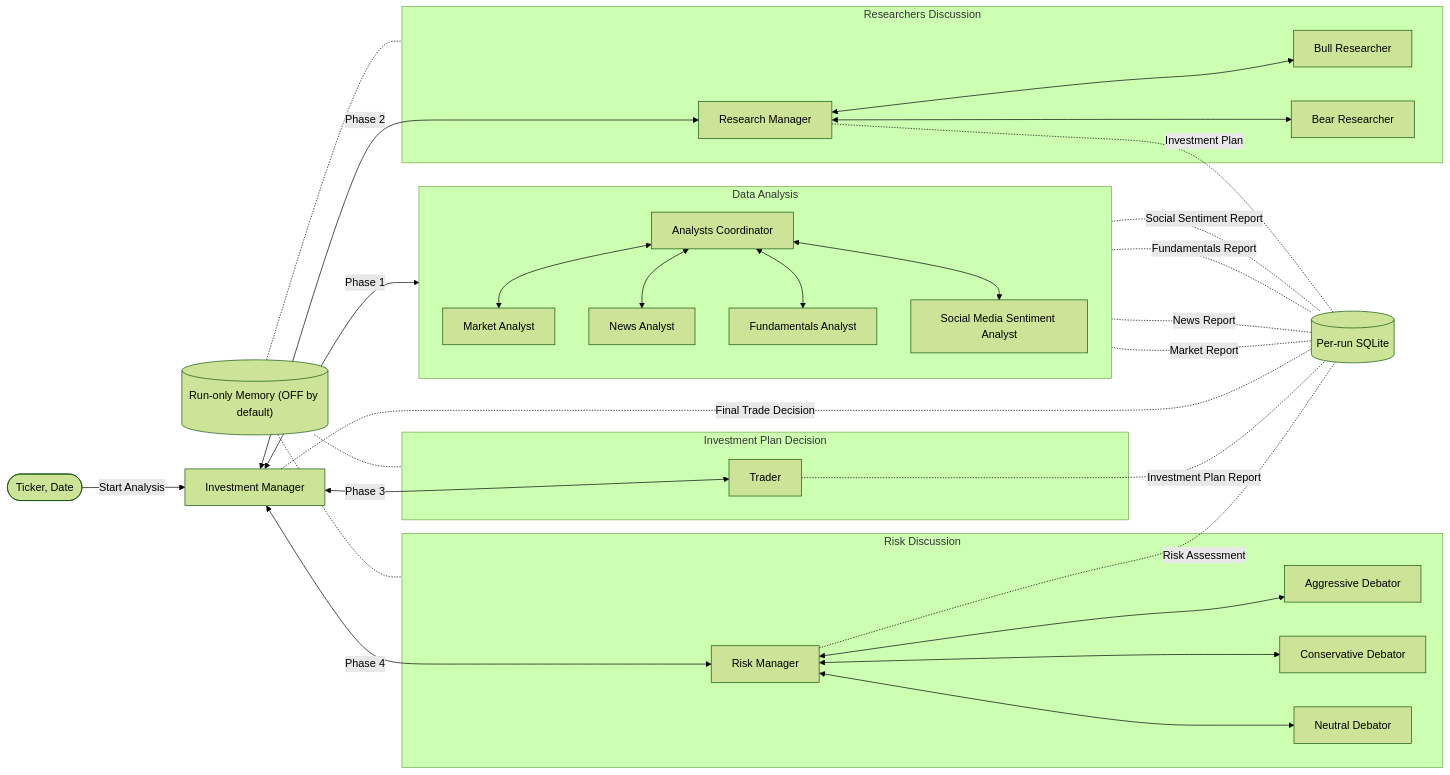
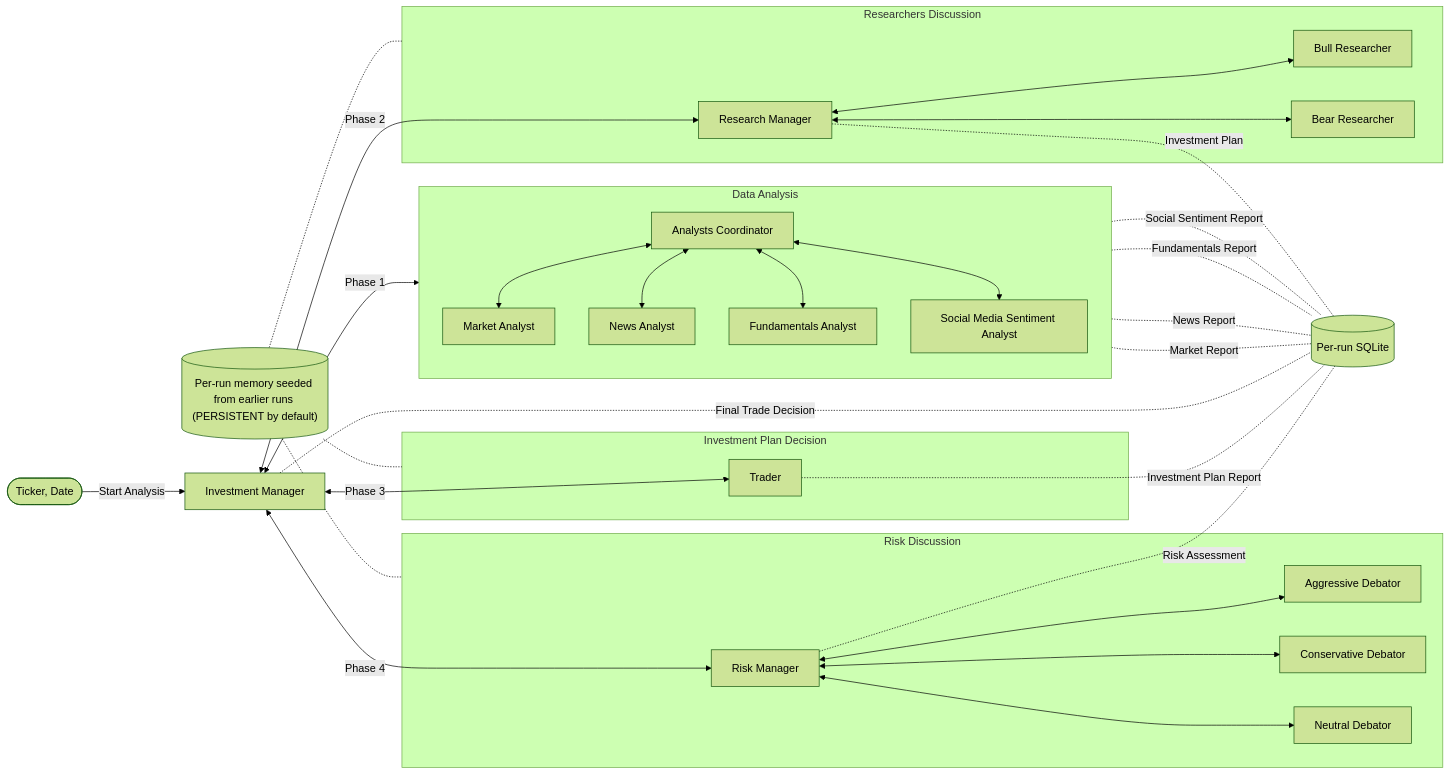
Before and after one commit to renandcl/InvestmentAgents: the diagram in README.md, drawn with Mermaid (forest theme). The commit also changed other lines of this file and 13 other files, not shown here.

````diff
--- a/README.md
+++ b/README.md
@@ -15,45 +15,45 @@
 ```mermaid
 flowchart LR
  subgraph subGraph0["Data Analysis"]
     direction TB
         AC["Analysts Coordinator"]
         MA["Market Analyst"]
         NA["News Analyst"]
         FA["Fundamentals Analyst"]
         SMA["Social Media Sentiment Analyst"]
   end
  subgraph subGraph1["Researchers Discussion"]
         BR["Bull Researcher"]
         BER["Bear Researcher"]
         RM["Research Manager"]
   end
  subgraph subGraph2["Investment Plan Decision"]
         TR["Trader"]
   end
  subgraph subGraph3["Risk Discussion"]
         AD["Aggressive Debator"]
         CD["Conservative Debator"]
         ND["Neutral Debator"]
         RMG["Risk Manager"]
   end
     Init(["Ticker, Date"]) -- Start Analysis --> IM["Investment Manager"]
     IM <-- Phase 1 --> AC
     AC <--> MA & NA & FA & SMA
     IM <-- Phase 2 --> RM
     RM <--> BR & BER
     IM <-- Phase 3 --> TR
     IM <-- Phase 4 --> RMG
     RMG <--> AD & CD & ND
     MA -. Market Report .- State["Per-run SQLite"]
     NA -. News Report .- State
     FA -. Fundamentals Report .- State
     SMA -. Social Sentiment Report .- State
     RM -. Investment Plan .- State
     TR -. Investment Plan Report .- State
     RMG -. Risk Assessment .- State
     IM -. Final Trade Decision .- State
     State@{ shape: db}
-    Memory["Run-only Memory (OFF by default)"]
+    Memory["Per-run memory seeded from earlier runs (PERSISTENT by default)"]
     Memory@{ shape: db}
     Memory -.- subGraph1 & subGraph2 & subGraph3
 ```
````
